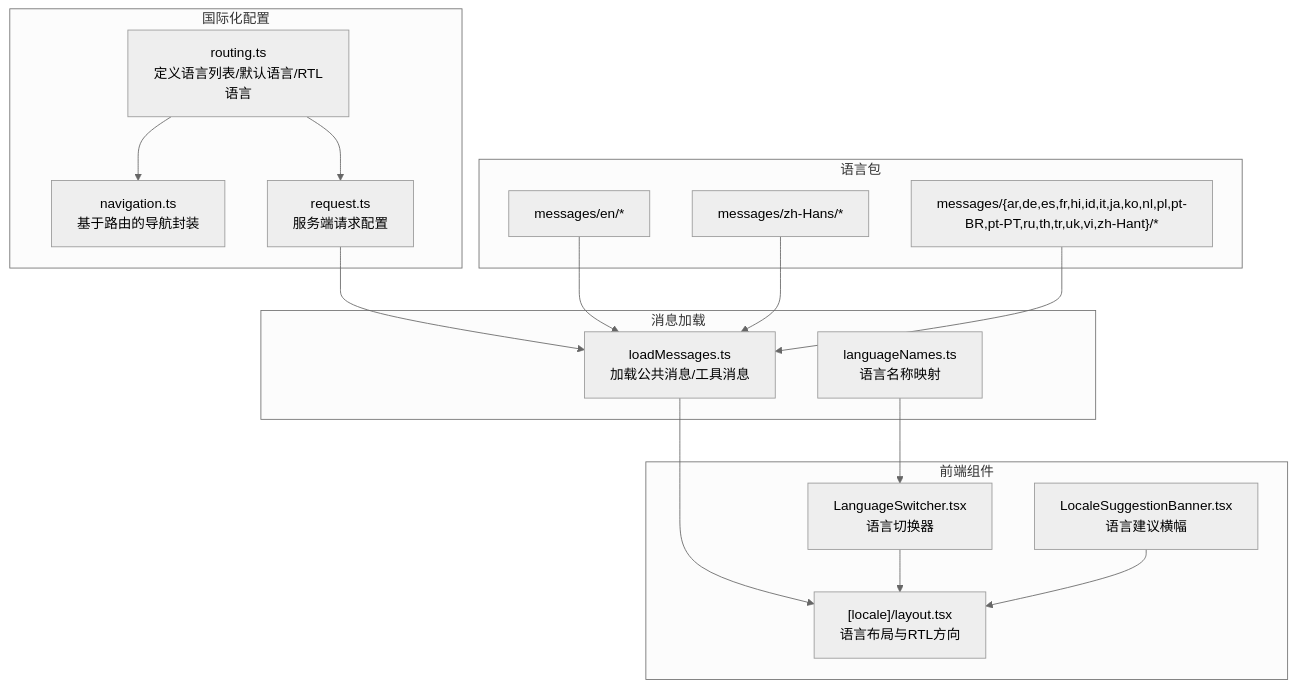
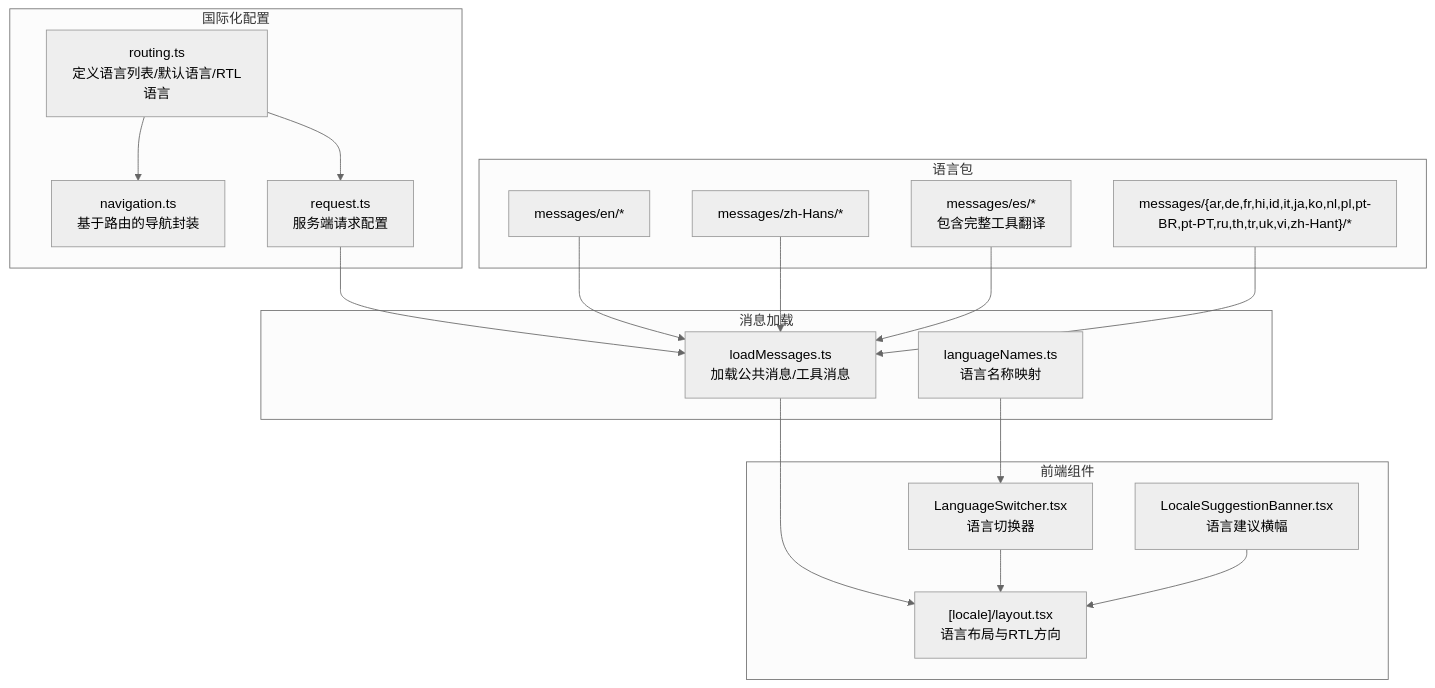
The first of 7 diagrams in .qoder/repowiki/zh/content/项目概述/核心特性/21种语言支持.md (sgyy/privadeck), drawn with Mermaid (neutral theme) before and after one commit. The commit also changed other lines of this file and 10 other files, not shown here.

````diff
--- a/.qoder/repowiki/zh/content/项目概述/核心特性/21种语言支持.md
+++ b/.qoder/repowiki/zh/content/项目概述/核心特性/21种语言支持.md
@@ -44,32 +57,34 @@
 ```mermaid
 graph TB
 subgraph "国际化配置"
 R["routing.ts<br/>定义语言列表/默认语言/RTL语言"]
 N["navigation.ts<br/>基于路由的导航封装"]
 REQ["request.ts<br/>服务端请求配置"]
 end
 subgraph "消息加载"
 LM["loadMessages.ts<br/>加载公共消息/工具消息"]
 LN["languageNames.ts<br/>语言名称映射"]
 end
 subgraph "前端组件"
 LS["LanguageSwitcher.tsx<br/>语言切换器"]
 LBB["LocaleSuggestionBanner.tsx<br/>语言建议横幅"]
 LAYOUT["[locale]/layout.tsx<br/>语言布局与RTL方向"]
 end
 subgraph "语言包"
 EN["messages/en/*"]
 ZH["messages/zh-Hans/*"]
-OTHER["messages/{ar,de,es,fr,hi,id,it,ja,ko,nl,pl,pt-BR,pt-PT,ru,th,tr,uk,vi,zh-Hant}/*"]
+ES["messages/es/*<br/>包含完整工具翻译"]
+OTHER["messages/{ar,de,fr,hi,id,it,ja,ko,nl,pl,pt-BR,pt-PT,ru,th,tr,uk,vi,zh-Hant}/*"]
 end
 R --> N
 R --> REQ
 REQ --> LM
 LM --> LAYOUT
 LN --> LS
 LS --> LAYOUT
 LBB --> LAYOUT
 EN --> LM
 ZH --> LM
+ES --> LM
 OTHER --> LM
 ```
````
